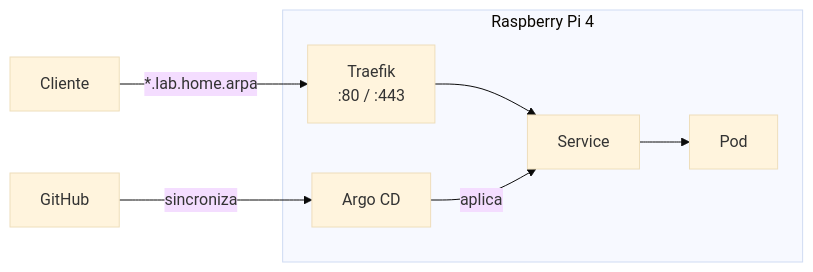
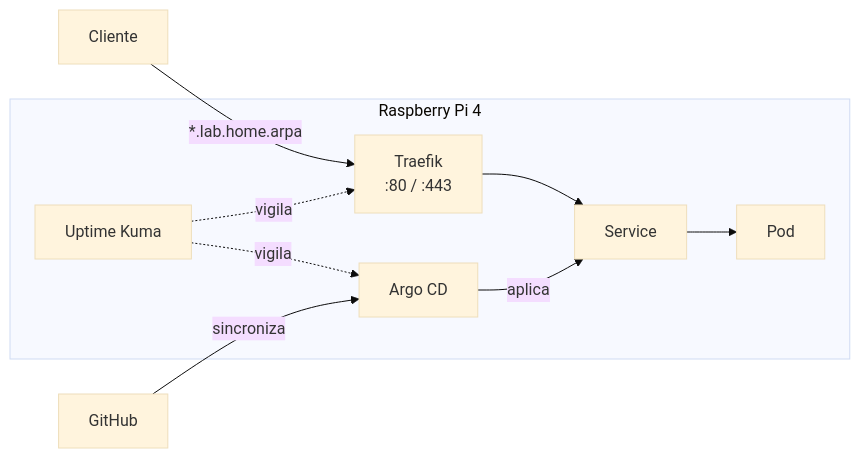
Before and after one commit to Alberto-AS1026/k3s-gitops-rpi: the diagram in README.md, drawn with Mermaid (base theme). The commit also changed other lines of this file and 5 other files, not shown here.

````diff
--- a/README.md
+++ b/README.md
@@ -26,9 +27,11 @@
 ```mermaid
 flowchart LR
     U["Cliente"] -- "*.lab.home.arpa" --> T
     subgraph P["Raspberry Pi 4"]
         T["Traefik<br/>:80 / :443"] --> S["Service"] --> D["Pod"]
         A["Argo CD"] -- "aplica" --> S
+        K["Uptime Kuma"] -. "vigila" .-> T
+        K -. "vigila" .-> A
     end
     G["GitHub"] -- "sincroniza" --> A
 ```
````
